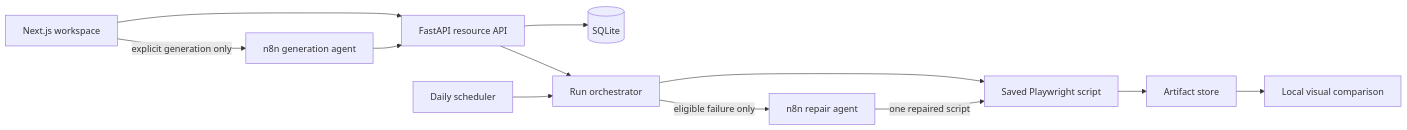
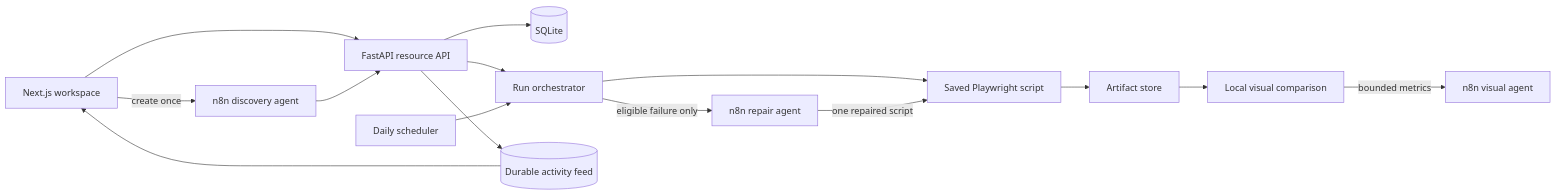
One commit to ankitsachan697/c10_hackathon_group2_browser_agent changed the first of 2 diagrams in ARCHITECTURE.md. Above: the diagram before and after it, drawn with Mermaid. The commit also changed other lines of this file and 6 other files, not shown here.

````diff
--- a/ARCHITECTURE.md
+++ b/ARCHITECTURE.md
@@ -5,14 +5,17 @@
 ```mermaid
 flowchart LR
     UI[Next.js workspace] --> API[FastAPI resource API]
     API --> DB[(SQLite)]
     API --> ORCH[Run orchestrator]
     SCHED[Daily scheduler] --> ORCH
     ORCH --> PW[Saved Playwright script]
     PW --> STORE[Artifact store]
     ORCH -->|eligible failure only| REPAIR[n8n repair agent]
     REPAIR -->|one repaired script| PW
-    UI -->|explicit generation only| GEN[n8n generation agent]
+    UI -->|create once| GEN[n8n discovery agent]
     GEN --> API
+    API --> EVENTS[(Durable activity feed)]
+    EVENTS --> UI
     STORE --> VIS[Local visual comparison]
+    VIS -->|bounded metrics| REVIEW[n8n visual agent]
 ```
````
